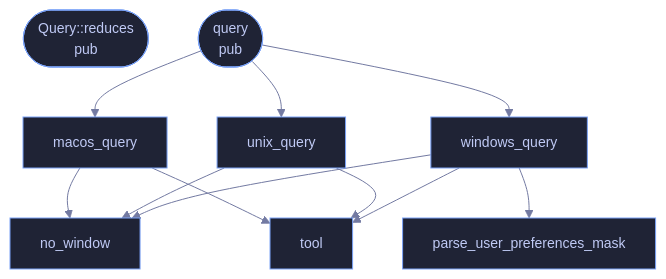
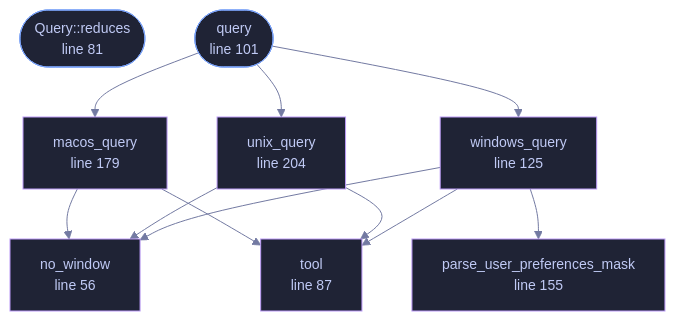
Before and after one commit to tilas01/veilvoice: the diagram in docs/files/veilvoice-gui/reduced_motion.md, drawn with Mermaid. The commit also changed other lines of this file and 182 other files, not shown here.

````diff
--- a/docs/files/veilvoice-gui/reduced_motion.md
+++ b/docs/files/veilvoice-gui/reduced_motion.md
@@ -67,22 +84,26 @@
 ```mermaid
 %%{init: {"theme":"base","themeVariables":{"background":"#1a1b26","primaryColor":"#1f2335","primaryTextColor":"#c0caf5","primaryBorderColor":"#7aa2f7","secondaryColor":"#16161e","tertiaryColor":"#16161e","lineColor":"#737aa2","textColor":"#c0caf5","mainBkg":"#1f2335","nodeBorder":"#7aa2f7","clusterBkg":"#16161e","clusterBorder":"#2f3549","fontFamily":"ui-monospace, SFMono-Regular, Consolas, monospace","fontSize":"14px"}}}%%
 flowchart TD
-    n_no_window["no_window"]
-    n_reduces(["Query::reduces<br/>pub"])
-    n_tool["tool"]
-    n_query(["query<br/>pub"])
-    n_windows_query["windows_query"]
-    n_parse_user_preferences_mask["parse_user_preferences_mask"]
-    n_macos_query["macos_query"]
-    n_unix_query["unix_query"]
+    n_no_window["no_window<br/>line 56"]
+    n_reduces(["Query::reduces<br/>line 81"])
+    n_tool["tool<br/>line 87"]
+    n_query(["query<br/>line 101"])
+    n_windows_query["windows_query<br/>line 125"]
+    n_parse_user_preferences_mask["parse_user_preferences_mask<br/>line 155"]
+    n_macos_query["macos_query<br/>line 179"]
+    n_unix_query["unix_query<br/>line 204"]
     n_macos_query --> n_no_window
     n_macos_query --> n_tool
     n_query --> n_macos_query
     n_query --> n_unix_query
     n_query --> n_windows_query
     n_unix_query --> n_no_window
     n_unix_query --> n_tool
     n_windows_query --> n_no_window
     n_windows_query --> n_parse_user_preferences_mask
     n_windows_query --> n_tool
+    classDef entry fill:#1f2335,stroke:#7aa2f7,color:#c0caf5
+    class n_reduces,n_query entry
+    classDef helper fill:#1f2335,stroke:#bb9af7,color:#c0caf5
+    class n_no_window,n_tool,n_windows_query,n_parse_user_preferences_mask,n_macos_query,n_unix_query helper
 ```
````
